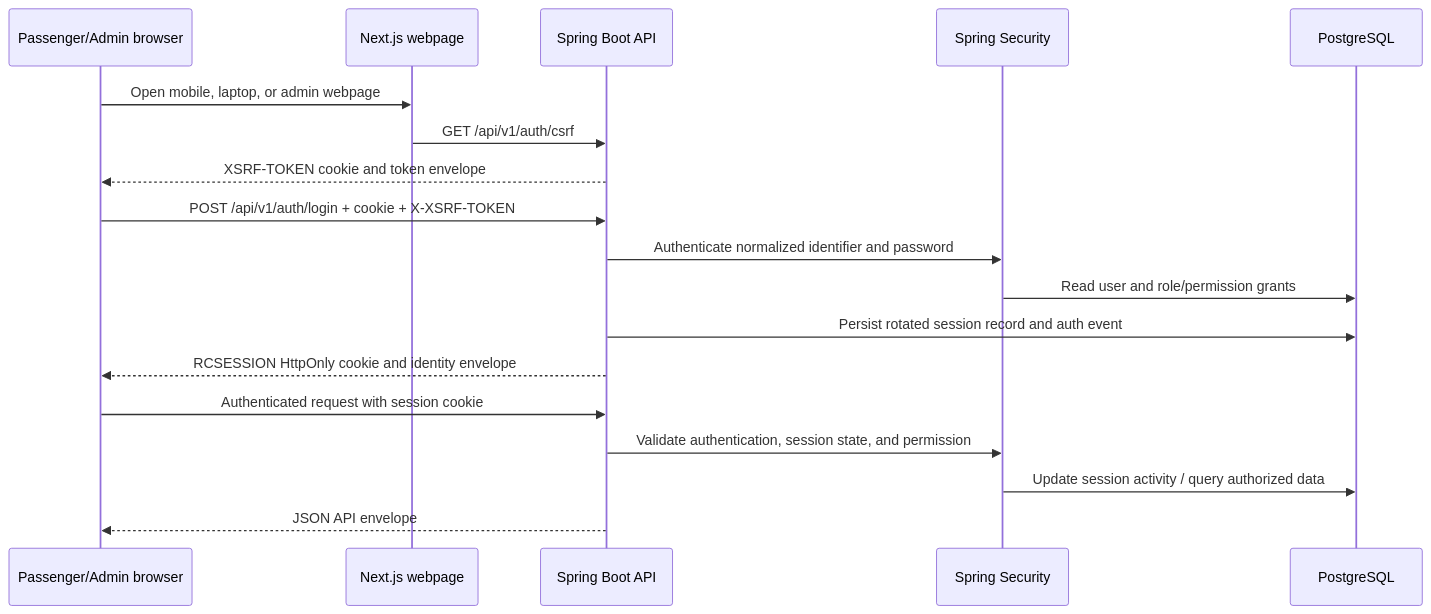
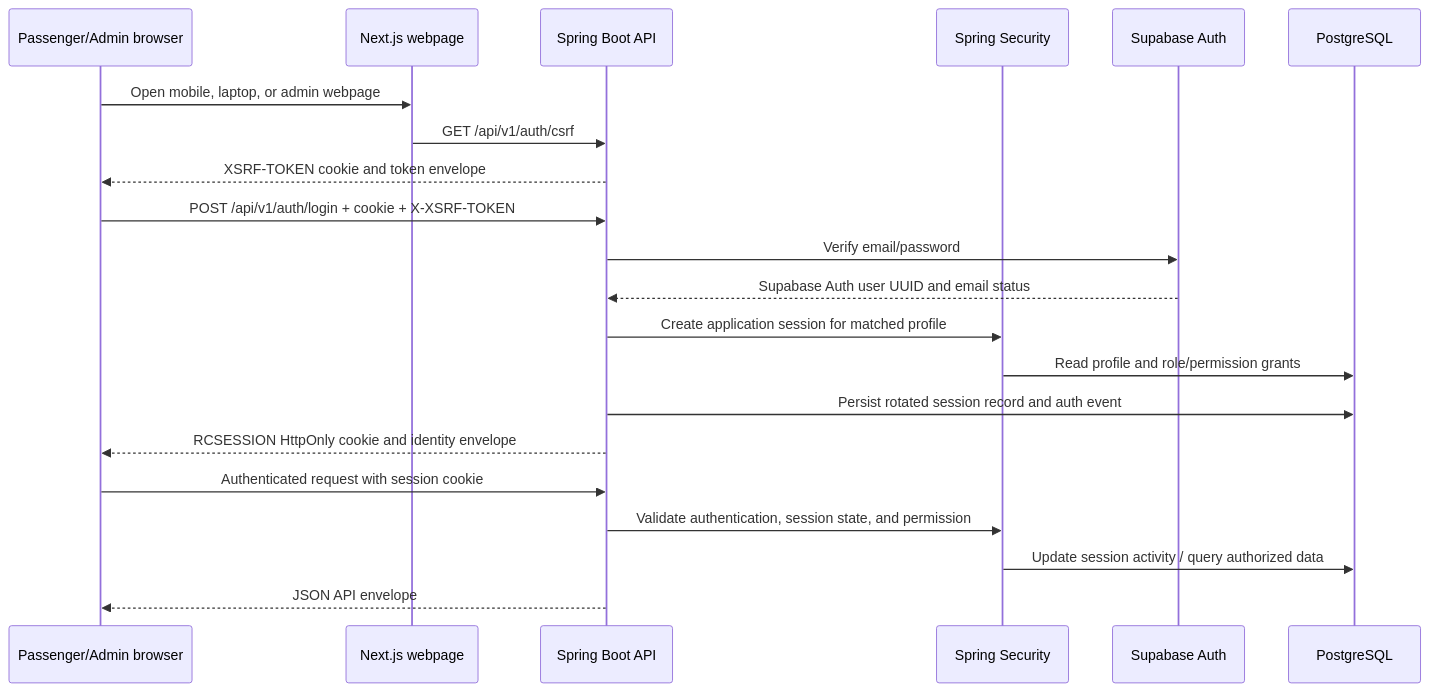
One commit to chaithrakamala30-sys/IRCTC changed the diagram in documentation/authentication-architecture.md. Above: the diagram before and after it, drawn with Mermaid. The commit also changed other lines of this file and 23 other files, not shown here.

Commit message:
Integrate Supabase Auth for accounts

````diff
--- a/documentation/authentication-architecture.md
+++ b/documentation/authentication-architecture.md
@@ -5,20 +5,23 @@
 ```mermaid
 sequenceDiagram
     participant B as Passenger/Admin browser
     participant W as Next.js webpage
     participant A as Spring Boot API
     participant S as Spring Security
+    participant U as Supabase Auth
     participant D as PostgreSQL
     B->>W: Open mobile, laptop, or admin webpage
     W->>A: GET /api/v1/auth/csrf
     A-->>B: XSRF-TOKEN cookie and token envelope
     B->>A: POST /api/v1/auth/login + cookie + X-XSRF-TOKEN
-    A->>S: Authenticate normalized identifier and password
-    S->>D: Read user and role/permission grants
+    A->>U: Verify email/password
+    U-->>A: Supabase Auth user UUID and email status
+    A->>S: Create application session for matched profile
+    S->>D: Read profile and role/permission grants
     A->>D: Persist rotated session record and auth event
     A-->>B: RCSESSION HttpOnly cookie and identity envelope
     B->>A: Authenticated request with session cookie
     A->>S: Validate authentication, session state, and permission
     S->>D: Update session activity / query authorized data
     A-->>B: JSON API envelope
 ```
````
